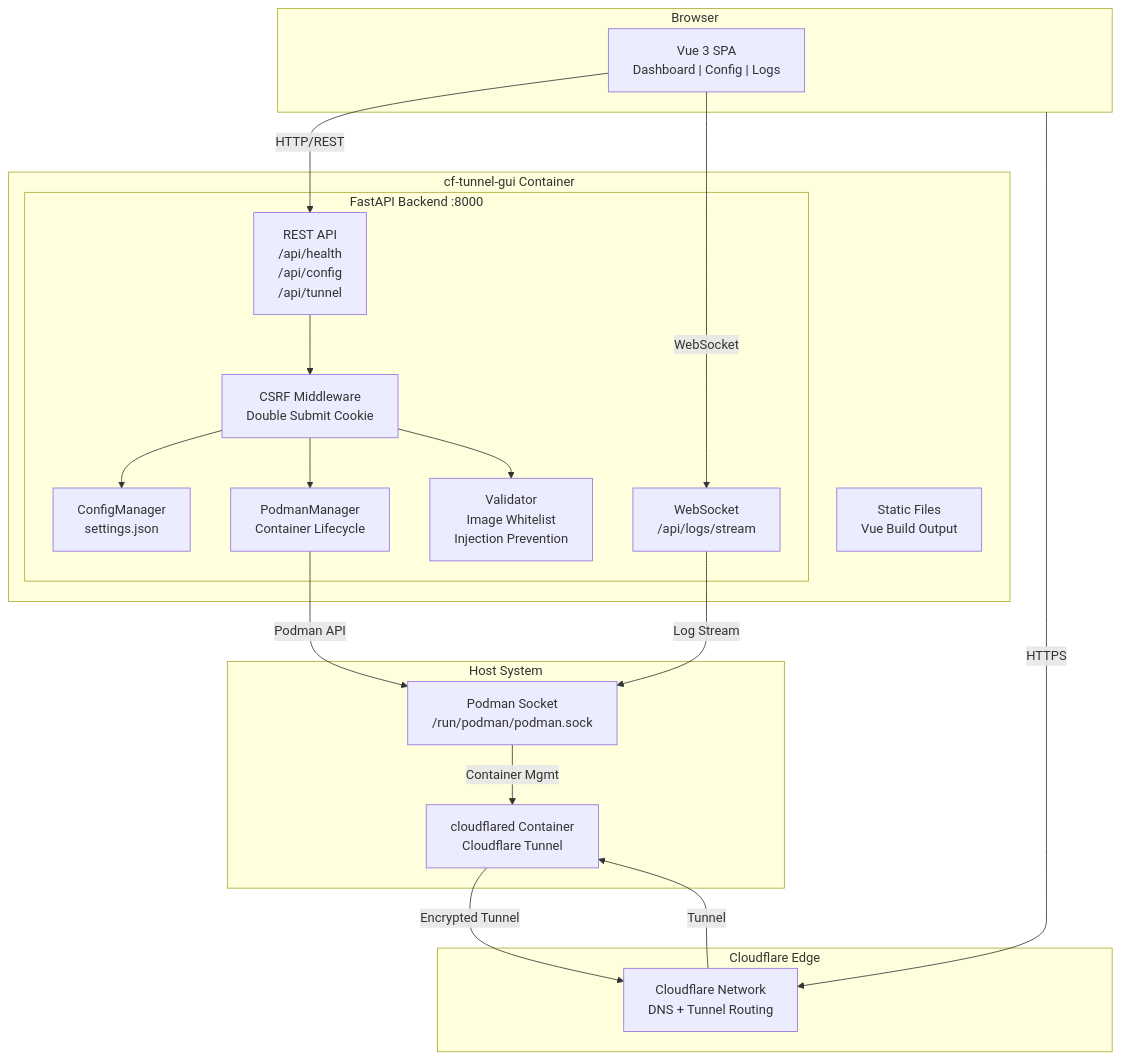
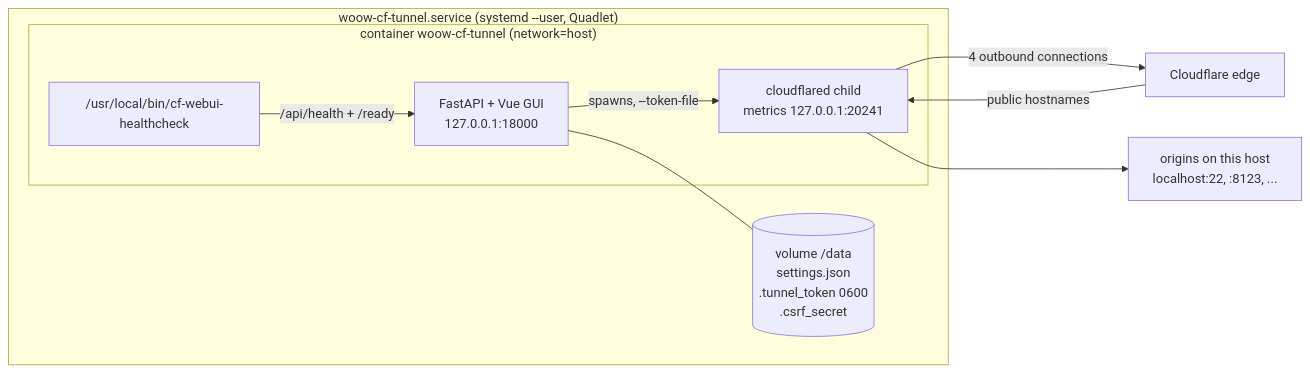
Before and after one commit to WOOWTECH/Woow_cloudflare_tunnel_webgui: the diagram in README.md, drawn with Mermaid. The commit also changed other lines of this file and 3 other files, not shown here.

````diff
--- a/README.md
+++ b/README.md
@@ -86,40 +42,19 @@
 ```mermaid
-graph TB
-    subgraph Browser["Browser"]
-        UI["Vue 3 SPA<br/>Dashboard | Config | Logs"]
+graph LR
+    subgraph U["woow-cf-tunnel.service (systemd --user, Quadlet)"]
+        subgraph C["container woow-cf-tunnel (network=host)"]
+            API["FastAPI + Vue GUI<br/>127.0.0.1:18000"]
+            CFD["cloudflared child<br/>metrics 127.0.0.1:20241"]
+            HC["/usr/local/bin/cf-webui-healthcheck"]
+        end
+        VOL[("volume /data<br/>settings.json<br/>.tunnel_token 0600<br/>.csrf_secret")]
     end
+    EDGE["Cloudflare edge"]
+    ORIG["origins on this host<br/>localhost:22, :8123, ..."]
 
-    subgraph Container["cf-tunnel-gui Container"]
-        subgraph Backend["FastAPI Backend :8000"]
-            API["REST API<br/>/api/health<br/>/api/config<br/>/api/tunnel"]
-            WS["WebSocket<br/>/api/logs/stream"]
-            CSRF["CSRF Middleware<br/>Double Submit Cookie"]
-            CM["ConfigManager<br/>settings.json"]
-            PM["PodmanManager<br/>Container Lifecycle"]
-            VAL["Validator<br/>Image Whitelist<br/>Injection Prevention"]
-        end
-        STATIC["Static Files<br/>Vue Build Output"]
-    end
-
-    subgraph Host["Host System"]
-        SOCK["Podman Socket<br/>/run/podman/podman.sock"]
-        CF["cloudflared Container<br/>Cloudflare Tunnel"]
-    end
-
-    subgraph Cloud["Cloudflare Edge"]
-        EDGE["Cloudflare Network<br/>DNS + Tunnel Routing"]
-    end
-
-    UI -->|"HTTP/REST"| API
-    UI -->|"WebSocket"| WS
-    API --> CSRF
-    CSRF --> CM
-    CSRF --> PM
-    CSRF --> VAL
-    PM -->|"Podman API"| SOCK
-    SOCK -->|"Container Mgmt"| CF
-    CF -->|"Encrypted Tunnel"| EDGE
-    WS -->|"Log Stream"| SOCK
-    Browser -->|"HTTPS"| EDGE
-    EDGE -->|"Tunnel"| CF
+    API -->|spawns, --token-file| CFD
+    API --- VOL
+    CFD -->|4 outbound connections| EDGE
+    EDGE -->|public hostnames| CFD --> ORIG
+    HC -->|/api/health + /ready| API
 ```
````
